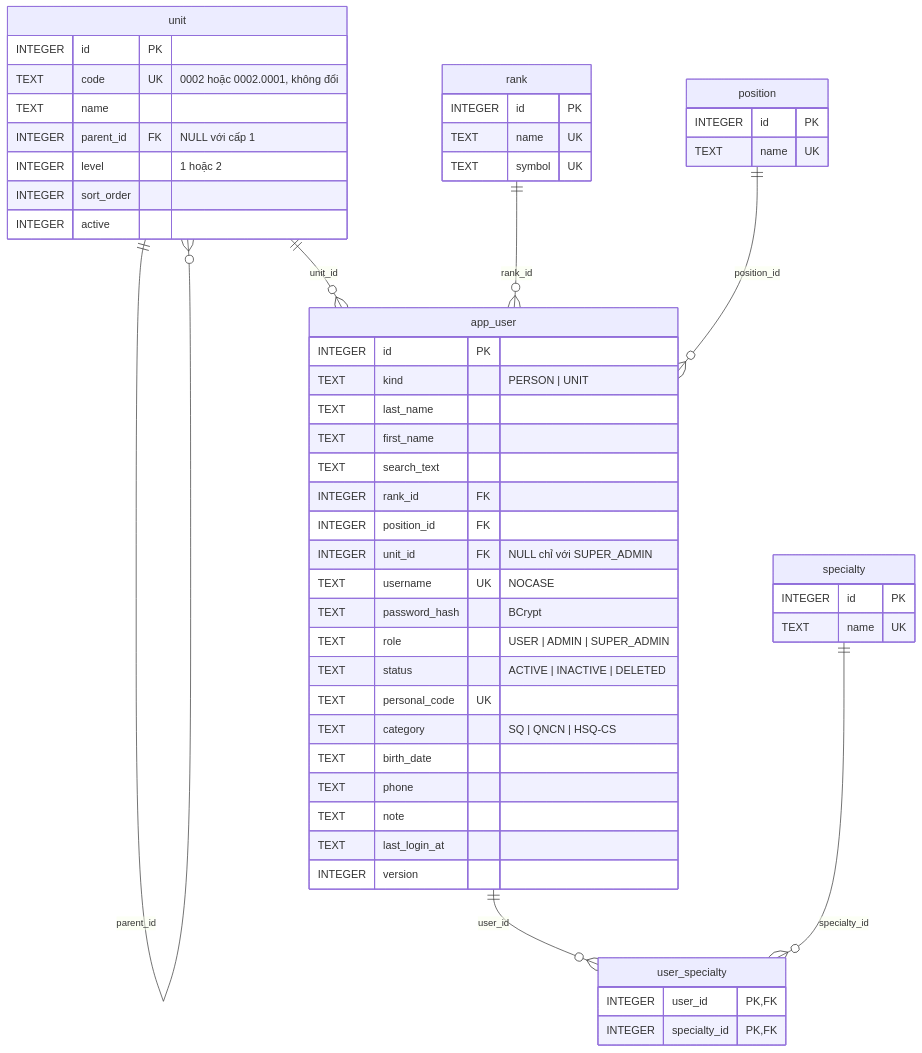
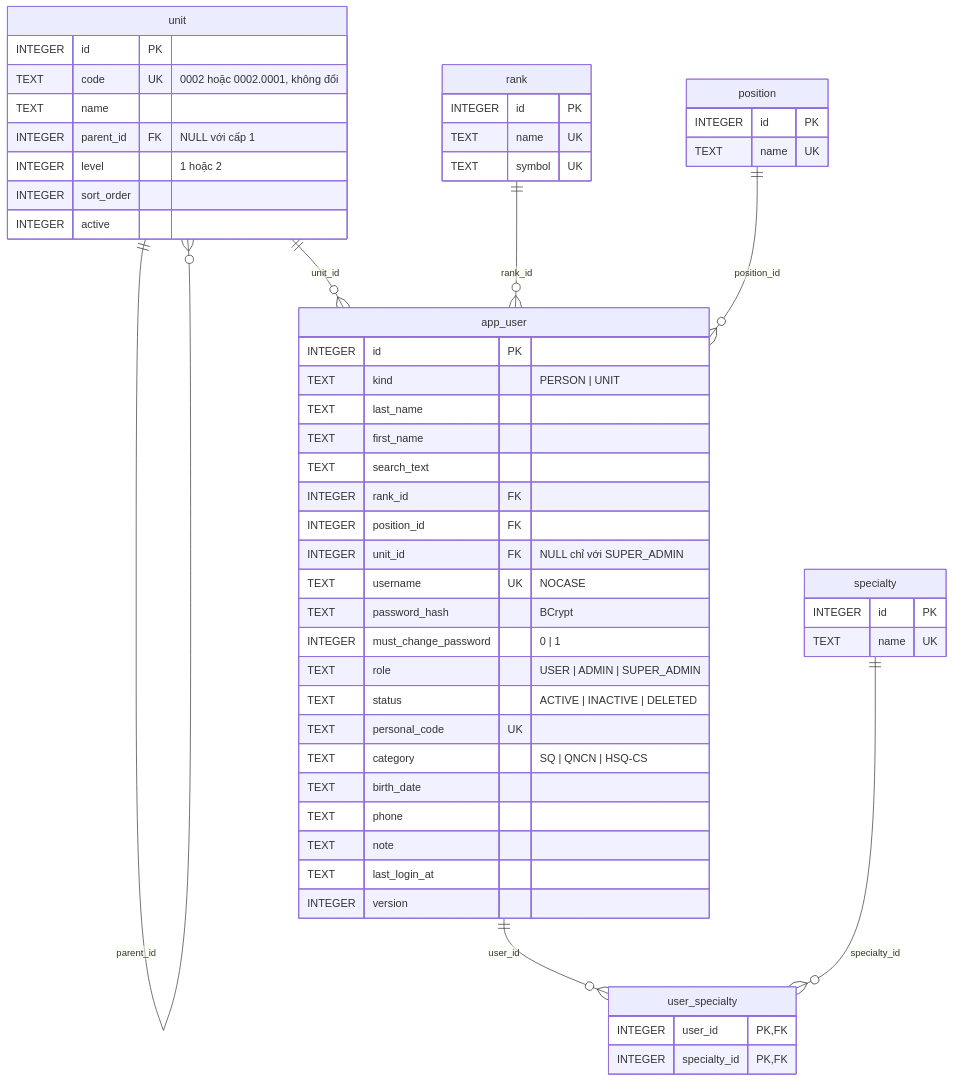
One commit to copirlo20/Training-Statistics changed the second of 3 diagrams in docs/ERD.md. Above: the diagram before and after it, drawn with Mermaid. The commit also changed other lines of this file and 31 other files, not shown here.

````diff
--- a/docs/ERD.md
+++ b/docs/ERD.md
@@ -67,56 +67,57 @@
 ```mermaid
 erDiagram
     unit {
         INTEGER id PK
         TEXT code UK "0002 hoặc 0002.0001, không đổi"
         TEXT name
         INTEGER parent_id FK "NULL với cấp 1"
         INTEGER level "1 hoặc 2"
         INTEGER sort_order
         INTEGER active
     }
     app_user {
         INTEGER id PK
         TEXT kind "PERSON | UNIT"
         TEXT last_name
         TEXT first_name
         TEXT search_text
         INTEGER rank_id FK
         INTEGER position_id FK
         INTEGER unit_id FK "NULL chỉ với SUPER_ADMIN"
         TEXT username UK "NOCASE"
         TEXT password_hash "BCrypt"
+        INTEGER must_change_password "0 | 1"
         TEXT role "USER | ADMIN | SUPER_ADMIN"
         TEXT status "ACTIVE | INACTIVE | DELETED"
         TEXT personal_code UK
         TEXT category "SQ | QNCN | HSQ-CS"
         TEXT birth_date
         TEXT phone
         TEXT note
         TEXT last_login_at
         INTEGER version
     }
     rank {
         INTEGER id PK
         TEXT name UK
         TEXT symbol UK
     }
     position {
         INTEGER id PK
         TEXT name UK
     }
     specialty {
         INTEGER id PK
         TEXT name UK
     }
     user_specialty {
         INTEGER user_id PK,FK
         INTEGER specialty_id PK,FK
     }
     unit ||--o{ unit : parent_id
     unit ||--o{ app_user : unit_id
     rank ||--o{ app_user : rank_id
     position ||--o{ app_user : position_id
     app_user ||--o{ user_specialty : user_id
     specialty ||--o{ user_specialty : specialty_id
 ```
````
